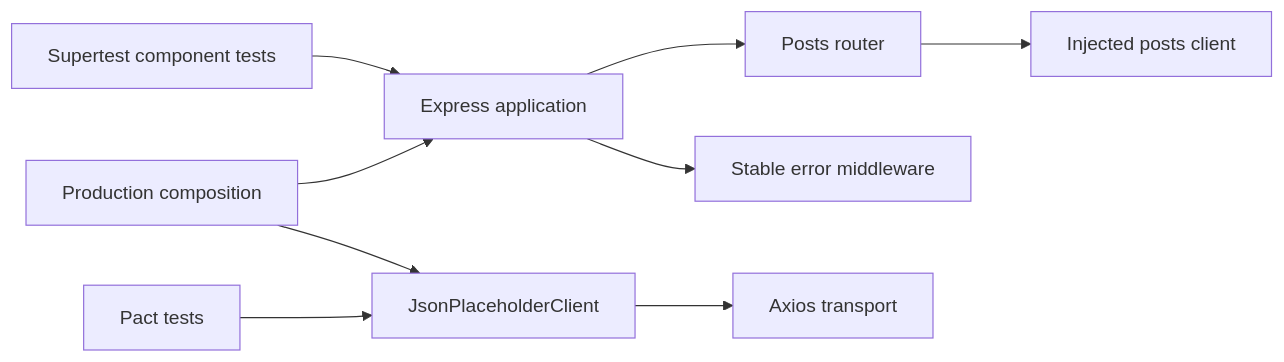
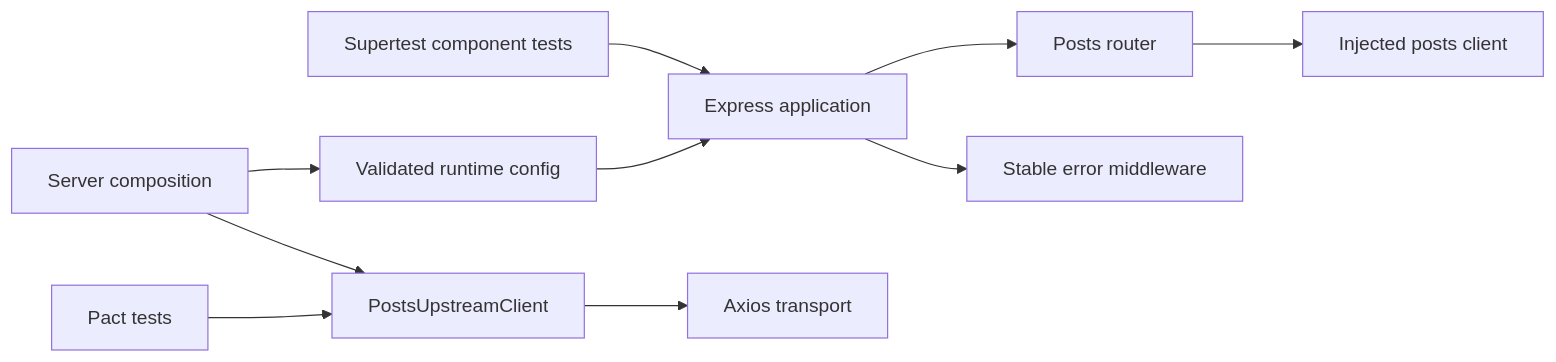
The diagram in docs/ARCHITECTURE.md (portyu9/qa-automation-node-supertest), drawn with Mermaid before and after one commit. The commit also changed other lines of this file, not shown here.

Commit message:
Document fail-closed Supertest composition and neutral transport ownership

````diff
--- a/docs/ARCHITECTURE.md
+++ b/docs/ARCHITECTURE.md
@@ -7,11 +7,12 @@
 ```mermaid
 flowchart LR
     T[Supertest component tests] --> APP[Express application]
     APP --> R[Posts router]
     R --> C[Injected posts client]
-    PROD[Production composition] --> APP
-    PROD --> HC[JsonPlaceholderClient]
+    PROD[Server composition] --> CFG[Validated runtime config]
+    CFG --> APP
+    PROD --> HC[PostsUpstreamClient]
     HC --> AX[Axios transport]
     P[Pact tests] --> HC
     APP --> ERR[Stable error middleware]
 ```
````
